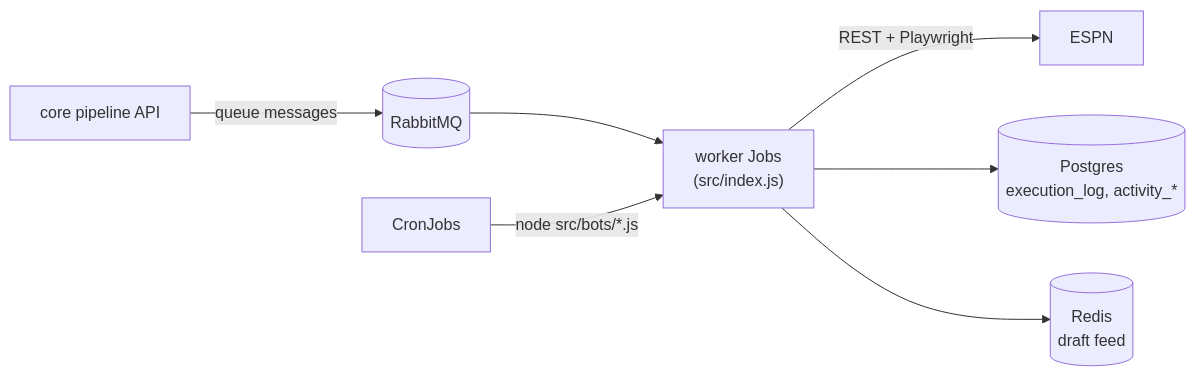
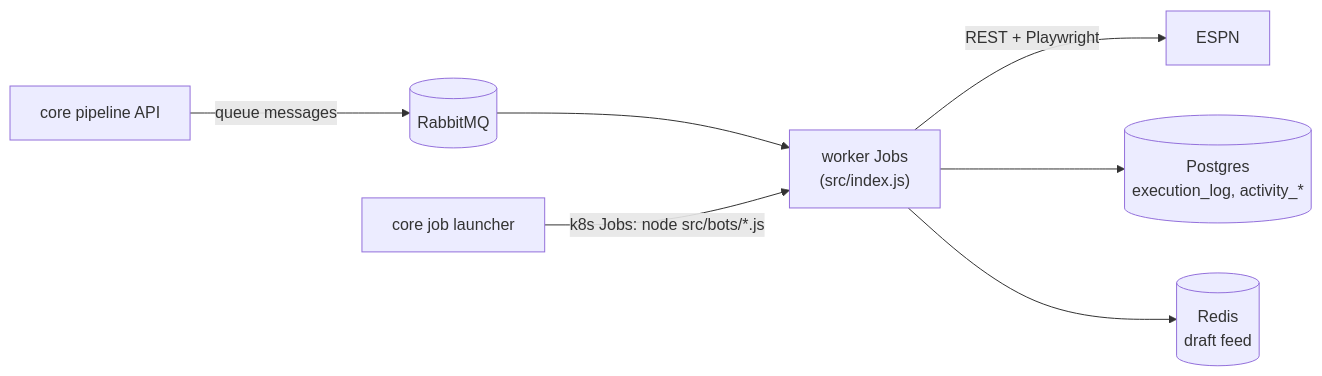
Before and after one commit to cvillarr23/fantasy-browser-worker: the diagram in docs/index.md, drawn with Mermaid. The commit also changed other lines of this file and 4 other files, not shown here.

First line of the commit message:
Describe launcher-started jobs in the worker docs (#246)

````diff
--- a/docs/index.md
+++ b/docs/index.md
@@ -9,9 +9,9 @@
 ```mermaid
 flowchart LR
     core["core pipeline API"] -->|"queue messages"| mq[("RabbitMQ")]
     mq --> worker["worker Jobs\n(src/index.js)"]
-    cron["CronJobs"] -->|"node src/bots/*.js"| worker
+    launcher["core job launcher"] -->|"k8s Jobs: node src/bots/*.js"| worker
     worker -->|"REST + Playwright"| espn["ESPN"]
     worker --> db[("Postgres\nexecution_log, activity_*")]
     worker --> redis[("Redis\ndraft feed")]
 ```
````
